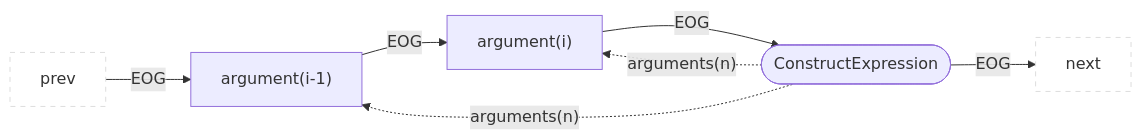
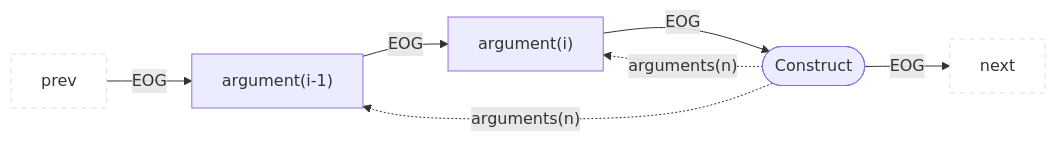
Diagram 30 of 49 in docs/docs/CPG/specs/eog.md (Fraunhofer-AISEC/cpg), drawn with Mermaid before and after one commit. The commit also changed other lines of this file and 219 other files, not shown here.

````diff
--- a/docs/docs/CPG/specs/eog.md
+++ b/docs/docs/CPG/specs/eog.md
@@ -572,10 +572,10 @@
 ```mermaid
 flowchart LR
   classDef outer fill:#fff,stroke:#ddd,stroke-dasharray:5 5;
   prev:::outer --EOG--> child1["argument(i-1)"]
   child1 --EOG--> child2["argument(i)"]
   child2 --EOG--> parent
-  parent(["ConstructExpression"]) --EOG--> next:::outer
+  parent(["Construct"]) --EOG--> next:::outer
   parent -."arguments(n)".-> child1
   parent -."arguments(n)".-> child2
 ```
````
